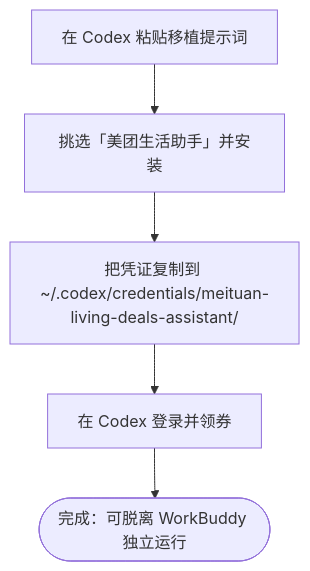
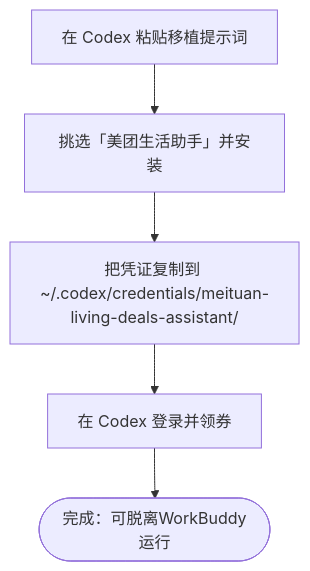
The fourth of 4 diagrams in README.md (chillboy67/workbuddy-meituan-daily-benefits-guide), drawn with Mermaid before and after one commit.

Commit message:
Remove space in completion message in README

````diff
--- a/README.md
+++ b/README.md
@@ -159,7 +159,7 @@
 ```mermaid
 flowchart TD
     Step1[在 Codex 粘贴移植提示词] --> Step2[挑选「美团生活助手」并安装]
     Step2 --> Step3[把凭证复制到 ~/.codex/credentials/meituan-living-deals-assistant/]
     Step3 --> Step4[在 Codex 登录并领券]
-    Step4 --> End3([完成：可脱离 WorkBuddy 独立运行])
+    Step4 --> End3([完成：可脱离WorkBuddy运行])
 ```
````
